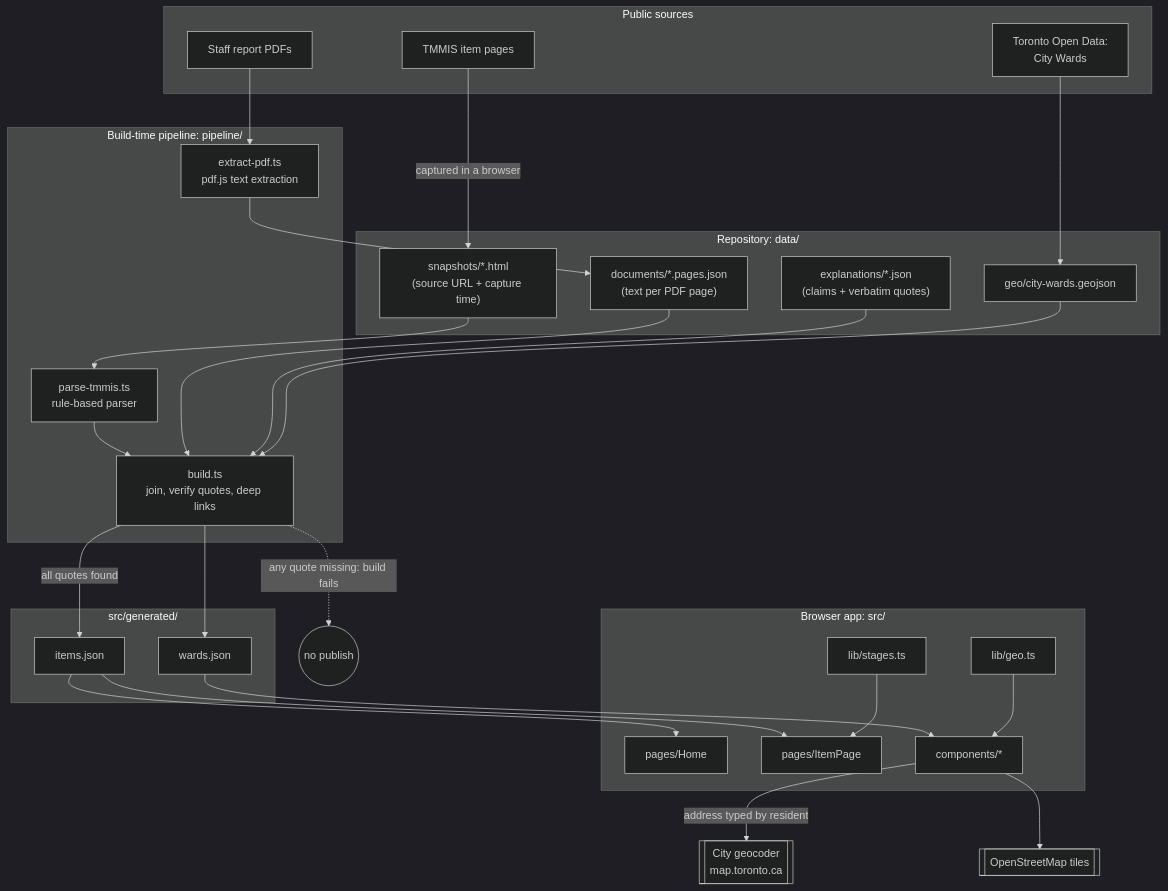
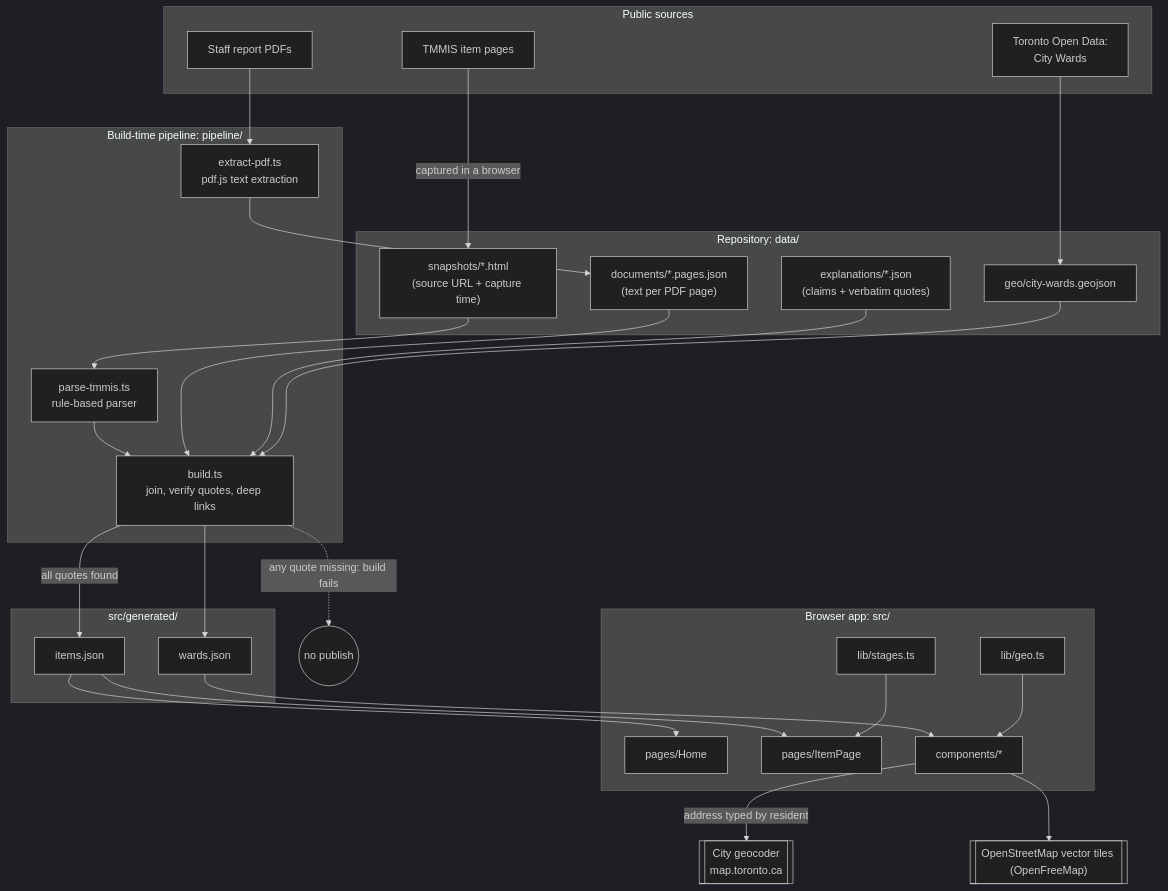
The second of 8 diagrams in docs/DESIGN.md (CommunihacksSeed/exodus), drawn with Mermaid (dark theme) before and after one commit. The commit also changed other lines of this file and 20 other files, not shown here.

````diff
--- a/docs/DESIGN.md
+++ b/docs/DESIGN.md
@@ -106,54 +106,54 @@
 ```mermaid
 flowchart TB
   subgraph sources["Public sources"]
     A["TMMIS item pages"]
     B["Staff report PDFs"]
     C["Toronto Open Data:<br/>City Wards"]
   end
 
   subgraph repo["Repository: data/"]
     D["snapshots/*.html<br/>(source URL + capture time)"]
     E["documents/*.pages.json<br/>(text per PDF page)"]
     F["explanations/*.json<br/>(claims + verbatim quotes)"]
     G["geo/city-wards.geojson"]
   end
 
   subgraph pipeline["Build-time pipeline: pipeline/"]
     P1["parse-tmmis.ts<br/>rule-based parser"]
     P2["extract-pdf.ts<br/>pdf.js text extraction"]
     P3["build.ts<br/>join, verify quotes, deep links"]
   end
 
   subgraph out["src/generated/"]
     O1["items.json"]
     O2["wards.json"]
   end
 
   subgraph app["Browser app: src/"]
     L1["lib/stages.ts"]
     L2["lib/geo.ts"]
     U1["pages/Home"]
     U2["pages/ItemPage"]
     U3["components/*"]
   end
 
   X[["City geocoder<br/>map.toronto.ca"]]
-  Y[["OpenStreetMap tiles"]]
+  Y[["OpenStreetMap vector tiles (OpenFreeMap)"]]
 
   A -->|"captured in a browser"| D
   B --> P2 --> E
   C --> G
   D --> P1 --> P3
   E --> P3
   F --> P3
   G --> P3
   P3 -->|"all quotes found"| O1
   P3 --> O2
   P3 -. "any quote missing: build fails" .-> STOP(("no publish"))
   O1 --> U1 & U2
   O2 --> U3
   L1 --> U2
   L2 --> U3
   U3 -->|"address typed by resident"| X
   U3 --> Y
 ```
````
